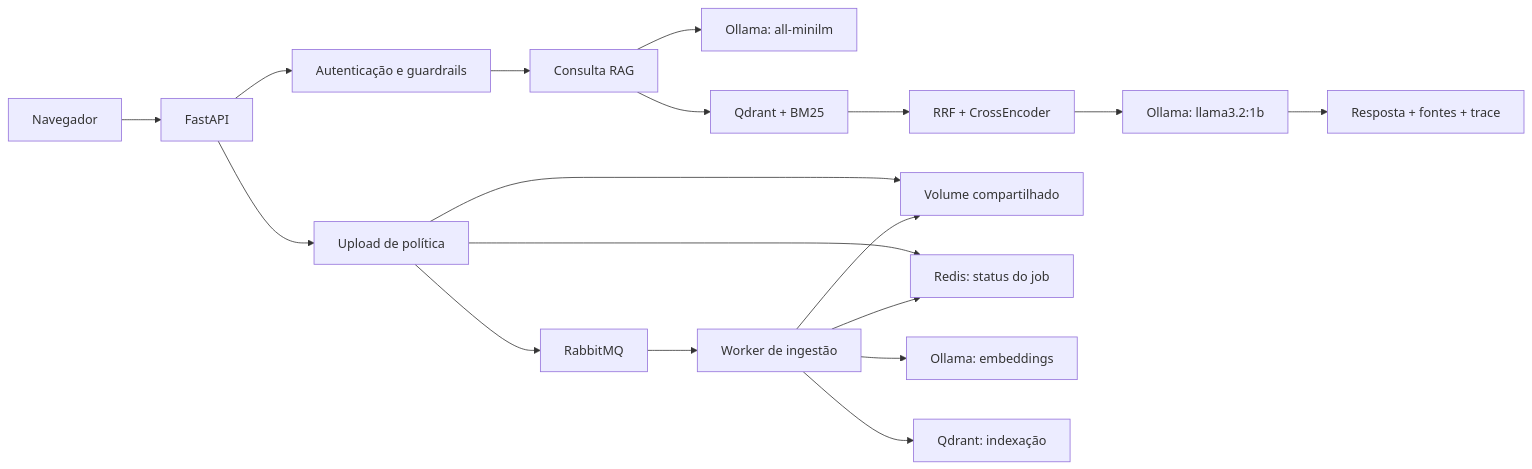
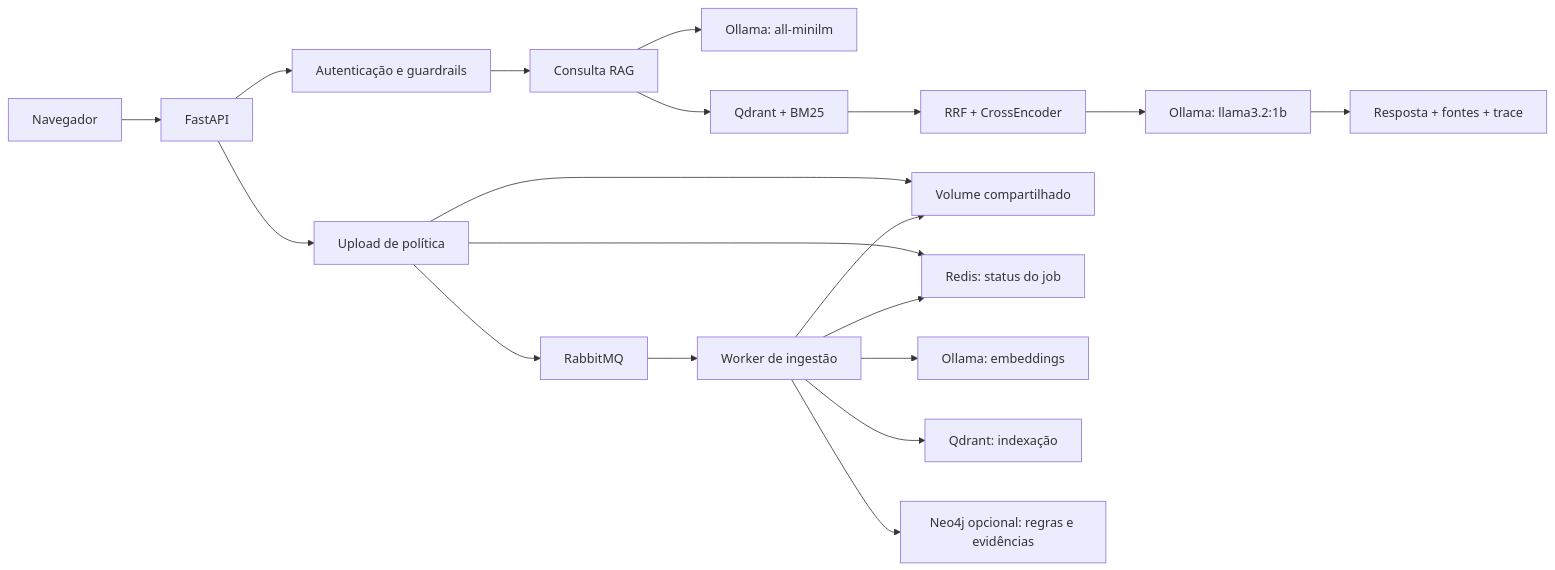
Before and after one commit to yhenriux/onfly-policy-copilot: the first of 2 diagrams in README.md, drawn with Mermaid. The commit also changed 10 other files, not shown here.

Commit message:
fix: harden knowledge graph ingestion

````diff
--- a/README.md
+++ b/README.md
@@ -26,20 +26,21 @@
 ```mermaid
 flowchart LR
     Browser["Navegador"] --> API["FastAPI"]
     API --> Auth["Autenticação e guardrails"]
     Auth --> Ask["Consulta RAG"]
     Ask --> EmbedQ["Ollama: all-minilm"]
     Ask --> Search["Qdrant + BM25"]
     Search --> Rank["RRF + CrossEncoder"]
     Rank --> Generate["Ollama: llama3.2:1b"]
     Generate --> Response["Resposta + fontes + trace"]
     API --> Upload["Upload de política"]
     Upload --> Storage["Volume compartilhado"]
     Upload --> Redis["Redis: status do job"]
     Upload --> Rabbit["RabbitMQ"]
     Rabbit --> Worker["Worker de ingestão"]
     Worker --> Storage
     Worker --> EmbedD["Ollama: embeddings"]
     Worker --> Qdrant["Qdrant: indexação"]
+    Worker --> Graph["Neo4j opcional: regras e evidências"]
     Worker --> Redis
 ```
````
